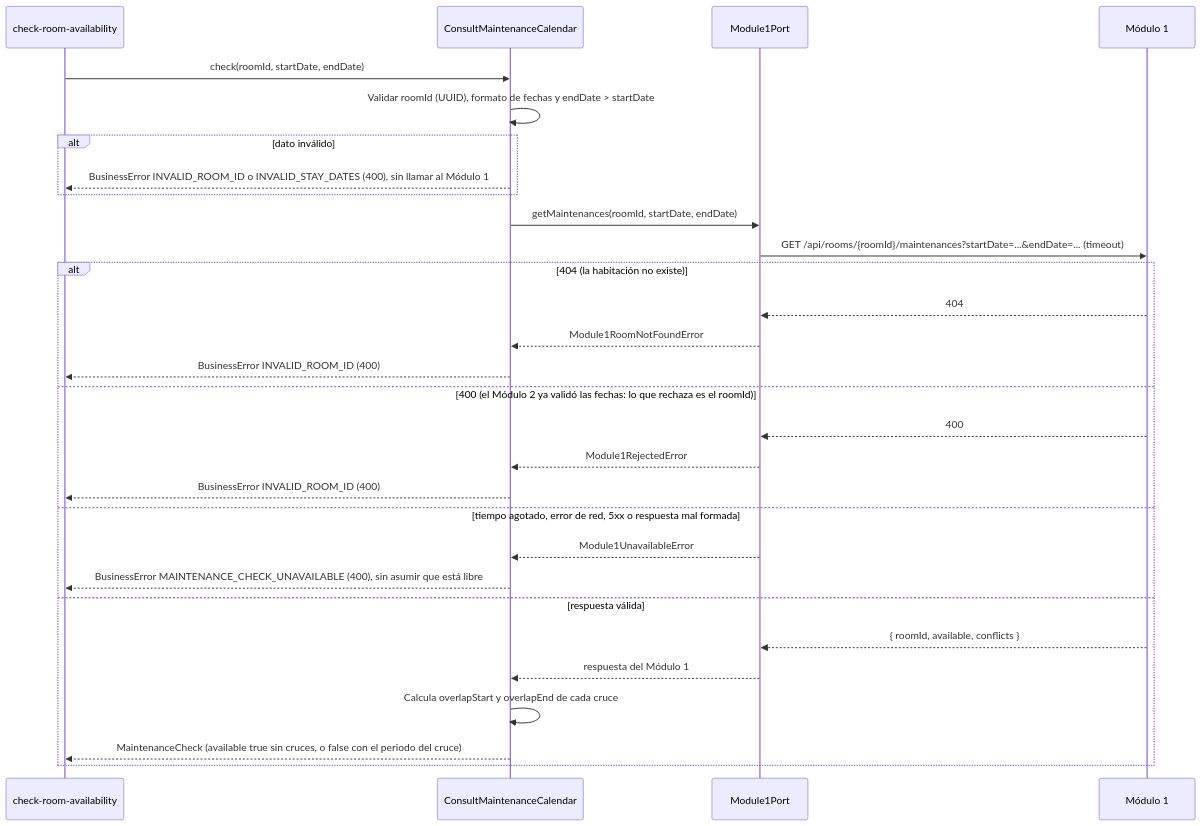
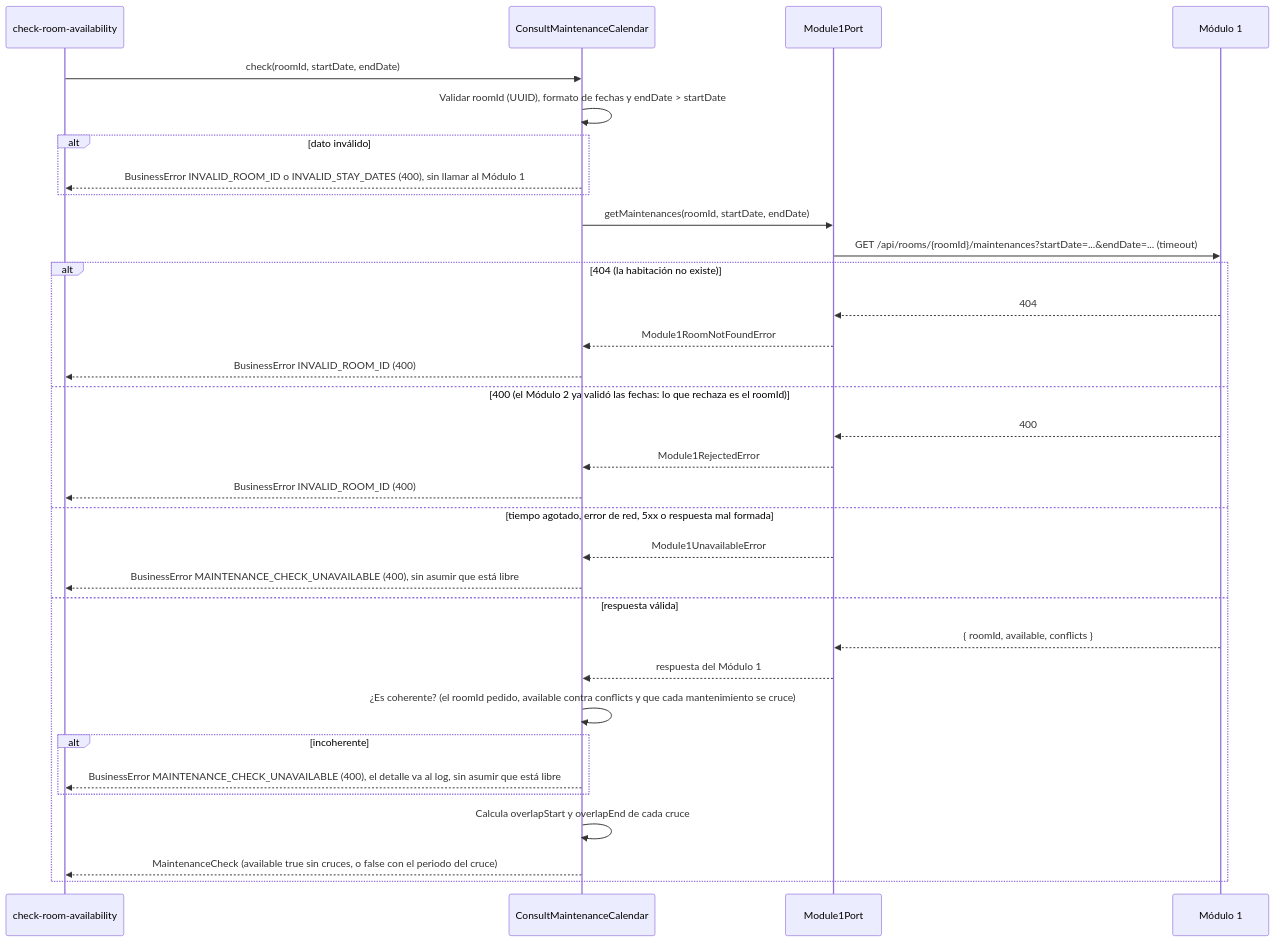
One commit to Lapicero312-lapi/HOSPITUA-MOD-2 changed the first of 2 diagrams in specs/consult-maintenance-calendar/plan.md. Above: the diagram before and after it, drawn with Mermaid.

Commit message:
docs(specs): D1 muestra el bloqueo de una respuesta incoherente del Módulo 1 (tarea #64)
En la rama de la respuesta válida, antes de calcular los cruces, D1 revisa que la respuesta sea
coherente (el roomId pedido, available contra conflicts y que cada mantenimiento se cruce) y, si no
lo es, responde MAINTENANCE_CHECK_UNAVAILABLE con el detalle en el log. Antes mostraba que toda
respuesta con la forma correcta terminaba en un MaintenanceCheck.

Claude-Session: https://claude.ai/code/session_01Neu5RhQBiJXvczpe6oHo6S

````diff
--- a/specs/consult-maintenance-calendar/plan.md
+++ b/specs/consult-maintenance-calendar/plan.md
@@ -153,32 +153,36 @@
 ```mermaid
 sequenceDiagram
     participant V as check-room-availability
     participant U as ConsultMaintenanceCalendar
     participant P as Module1Port
     participant M1 as Módulo 1
 
     V->>U: check(roomId, startDate, endDate)
     U->>U: Validar roomId (UUID), formato de fechas y endDate > startDate
     alt dato inválido
         U-->>V: BusinessError INVALID_ROOM_ID o INVALID_STAY_DATES (400), sin llamar al Módulo 1
     end
     U->>P: getMaintenances(roomId, startDate, endDate)
     P->>M1: GET /api/rooms/{roomId}/maintenances?startDate=...&endDate=... (timeout)
     alt 404 (la habitación no existe)
         M1-->>P: 404
         P-->>U: Module1RoomNotFoundError
         U-->>V: BusinessError INVALID_ROOM_ID (400)
     else 400 (el Módulo 2 ya validó las fechas: lo que rechaza es el roomId)
         M1-->>P: 400
         P-->>U: Module1RejectedError
         U-->>V: BusinessError INVALID_ROOM_ID (400)
     else tiempo agotado, error de red, 5xx o respuesta mal formada
         P-->>U: Module1UnavailableError
         U-->>V: BusinessError MAINTENANCE_CHECK_UNAVAILABLE (400), sin asumir que está libre
     else respuesta válida
         M1-->>P: { roomId, available, conflicts }
         P-->>U: respuesta del Módulo 1
+        U->>U: ¿Es coherente? (el roomId pedido, available contra conflicts y que cada mantenimiento se cruce)
+        alt incoherente
+            U-->>V: BusinessError MAINTENANCE_CHECK_UNAVAILABLE (400), el detalle va al log, sin asumir que está libre
+        end
         U->>U: Calcula overlapStart y overlapEnd de cada cruce
         U-->>V: MaintenanceCheck (available true sin cruces, o false con el periodo del cruce)
     end
 ```
````
